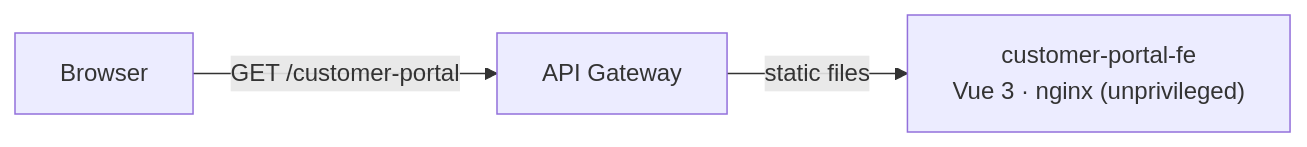
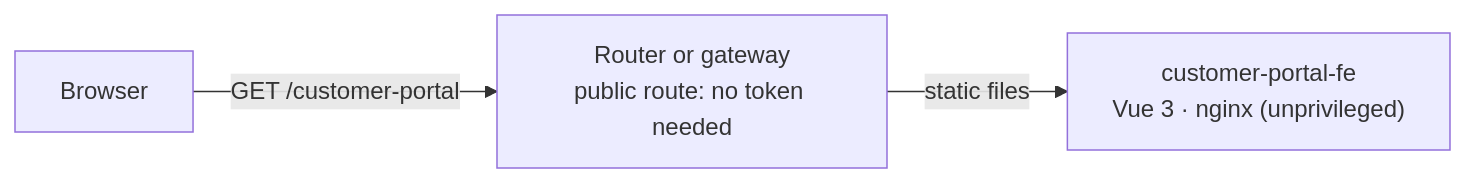
The diagram in modules/customer-portal/index.md (Labs64/labs64.io-docs), drawn with Mermaid before and after one commit. The commit also changed other lines of this file and 8 other files, not shown here.

````diff
--- a/modules/customer-portal/index.md
+++ b/modules/customer-portal/index.md
@@ -28,5 +27,5 @@
 ```mermaid
 flowchart LR
-    Browser["Browser"] -->|"GET /customer-portal"| GW["API Gateway"]
-    GW -->|"static files"| CP["customer-portal-fe<br/>Vue 3 · nginx (unprivileged)"]
+    Browser["Browser"] -->|"GET /customer-portal"| R["Router or gateway<br/>public route: no token needed"]
+    R -->|"static files"| CP["customer-portal-fe<br/>Vue 3 · nginx (unprivileged)"]
 ```
````
